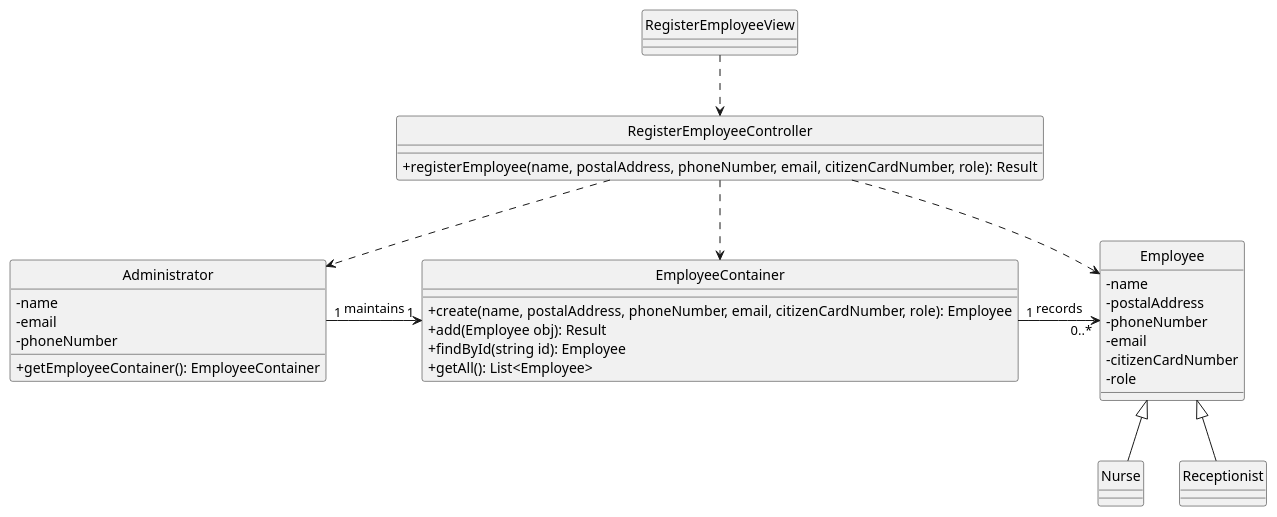
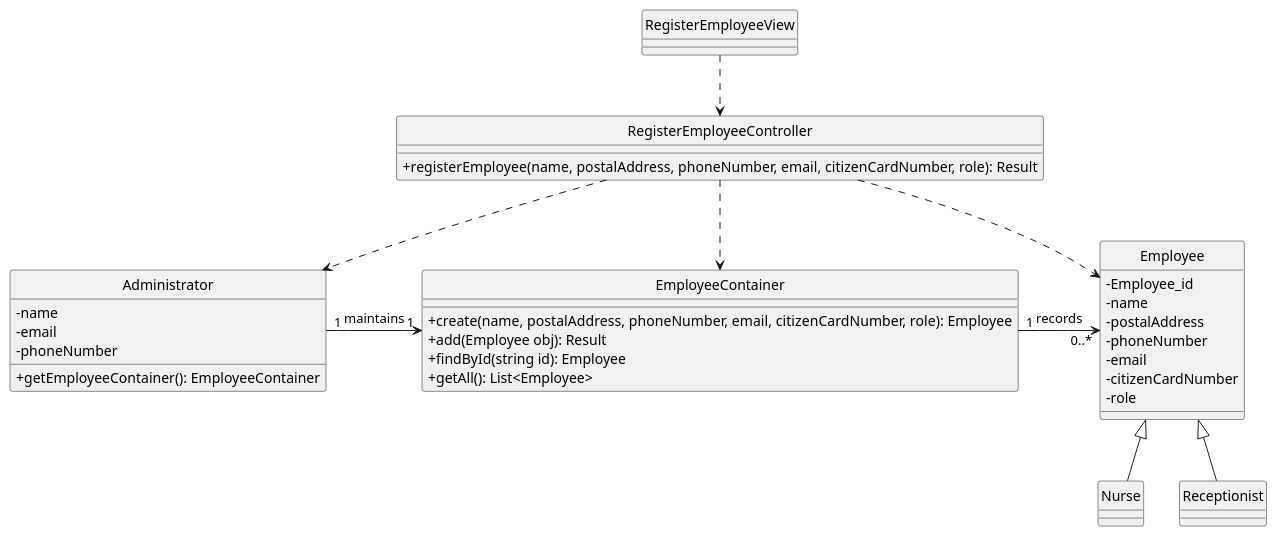
One commit to Parafita123/leti-esoft-25-26-B1 changed the diagram in docs/Sprint2/US14/puml/US14-CD.puml. Above: the diagram before and after it, drawn with PlantUML. The commit also changed 6 other files, not shown here.

```diff
--- a/docs/Sprint2/US14/puml/US14-CD.puml
+++ b/docs/Sprint2/US14/puml/US14-CD.puml
@@ -1,54 +1,55 @@
 @startuml
 'https://plantuml.com/class-diagram
 
 hide circle
 skinparam classAttributeIconSize 0
 
 class RegisterEmployeeView {
 }
 
 class RegisterEmployeeController {
     +registerEmployee(name, postalAddress, phoneNumber, email, citizenCardNumber, role): Result
 }
 
 class Administrator {
     - name
     - email
     - phoneNumber
     +getEmployeeContainer(): EmployeeContainer
 }
 
 class EmployeeContainer {
     +create(name, postalAddress, phoneNumber, email, citizenCardNumber, role): Employee
     +add(Employee obj): Result
     +findById(string id): Employee
     +getAll(): List<Employee>
 }
 
 class Employee {
+    -Employee_id
     - name
     - postalAddress
     - phoneNumber
     - email
     - citizenCardNumber
     - role
 }
 
 class Nurse {
 }
 
 class Receptionist {
 }
 
 Employee <|-- Nurse
 Employee <|-- Receptionist
 
 Administrator "1" -right-> "1" EmployeeContainer: maintains
 EmployeeContainer "1" -right-> "0..*" Employee: records
 
 RegisterEmployeeView ..> RegisterEmployeeController
 RegisterEmployeeController ..> Administrator
 RegisterEmployeeController ..> EmployeeContainer
 RegisterEmployeeController ..> Employee
 
 @enduml
```
